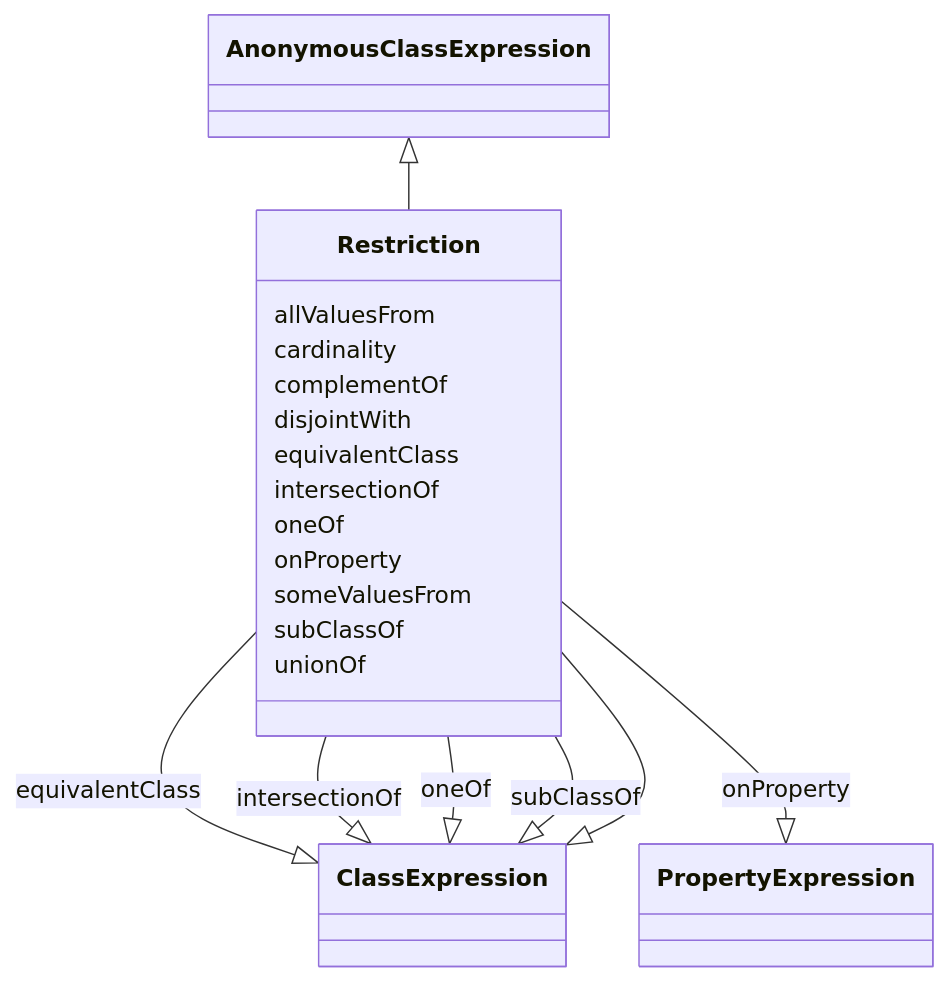
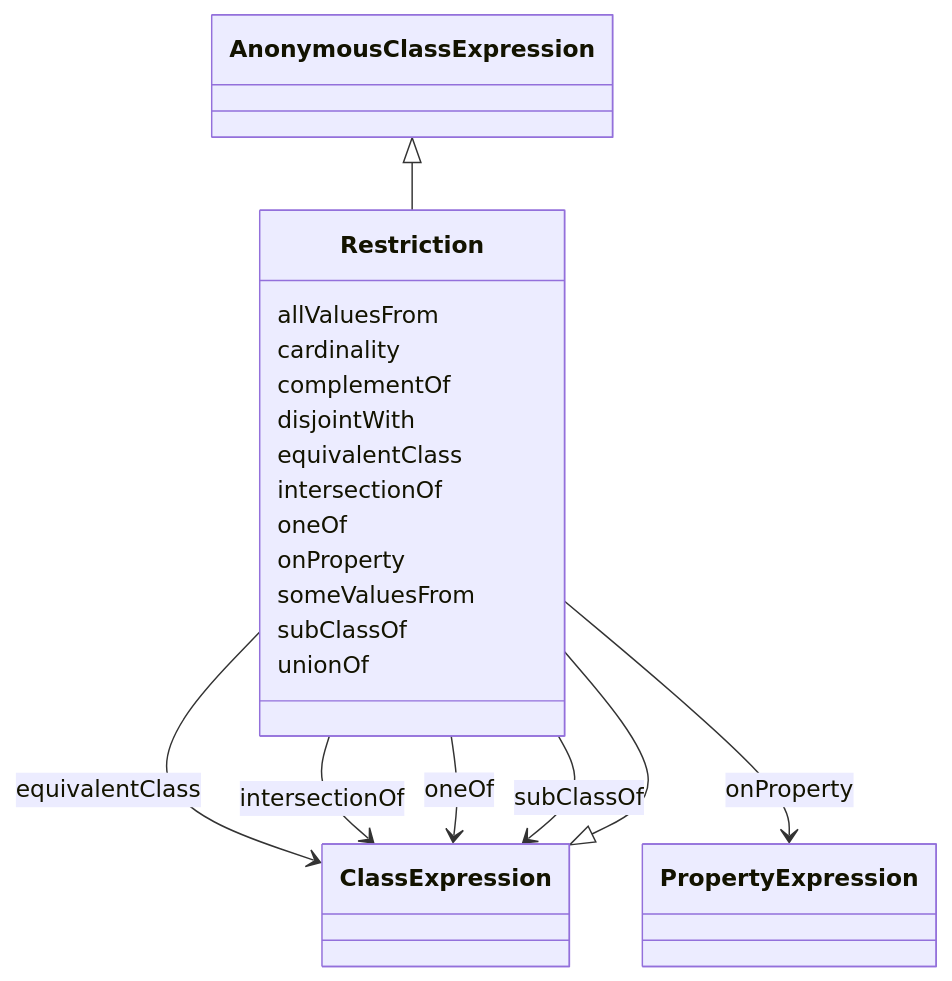
Before and after one commit to INCATools/ontology-access-kit: the diagram in ontology-metadata/Restriction.md, drawn with Mermaid. The commit also changed 389 other files, not shown here.

````diff
--- a/ontology-metadata/Restriction.md
+++ b/ontology-metadata/Restriction.md
@@ -10,40 +10,40 @@
 ```{mermaid}
  classDiagram
     class Restriction
       ClassExpression <|-- Restriction
       AnonymousClassExpression <|-- Restriction
       
       Restriction : allValuesFrom
         
       Restriction : cardinality
         
       Restriction : complementOf
         
       Restriction : disjointWith
         
       Restriction : equivalentClass
         
-          Restriction --|> ClassExpression : equivalentClass
+          Restriction --> ClassExpression : equivalentClass
         
       Restriction : intersectionOf
         
-          Restriction --|> ClassExpression : intersectionOf
+          Restriction --> ClassExpression : intersectionOf
         
       Restriction : oneOf
         
-          Restriction --|> ClassExpression : oneOf
+          Restriction --> ClassExpression : oneOf
         
       Restriction : onProperty
         
-          Restriction --|> PropertyExpression : onProperty
+          Restriction --> PropertyExpression : onProperty
         
       Restriction : someValuesFrom
         
       Restriction : subClassOf
         
-          Restriction --|> ClassExpression : subClassOf
+          Restriction --> ClassExpression : subClassOf
         
       Restriction : unionOf
         
       
 ```
````
